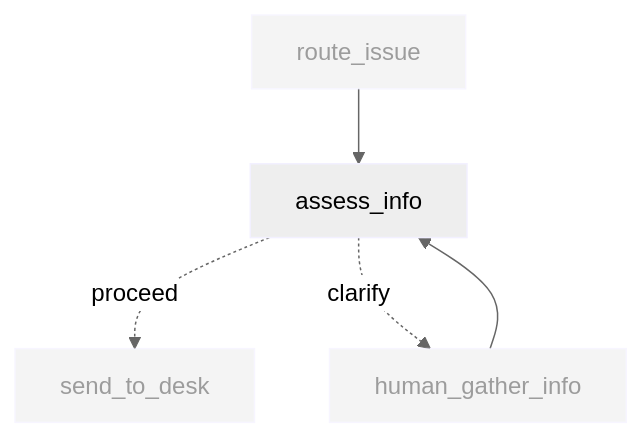
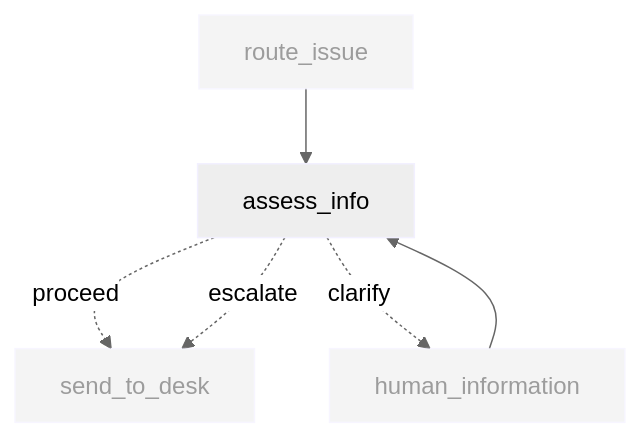
Before and after one commit to dextersjab/agentic-workbench-langgraph: the fourth of 6 diagrams in backend/src/workflows/support_desk/nodes/README.md, drawn with Mermaid (neutral theme). The commit also changed other lines of this file and 8 other files, not shown here.

````diff
--- a/backend/src/workflows/support_desk/nodes/README.md
+++ b/backend/src/workflows/support_desk/nodes/README.md
@@ -98,12 +98,13 @@
 ```mermaid
 graph TD
     A[route_issue] --> B[assess_info]
     B -. proceed .-> C[send_to_desk]
-    B -. clarify .-> D[human_gather_info]
+    B -. clarify .-> D[human_information]
+    B -. escalate .-> C
     D --> B
     
     classDef default stroke:#f2f0ff,line-height:1.2
     classDef context opacity:0.6
     
     class A,C,D context
 ```
````
